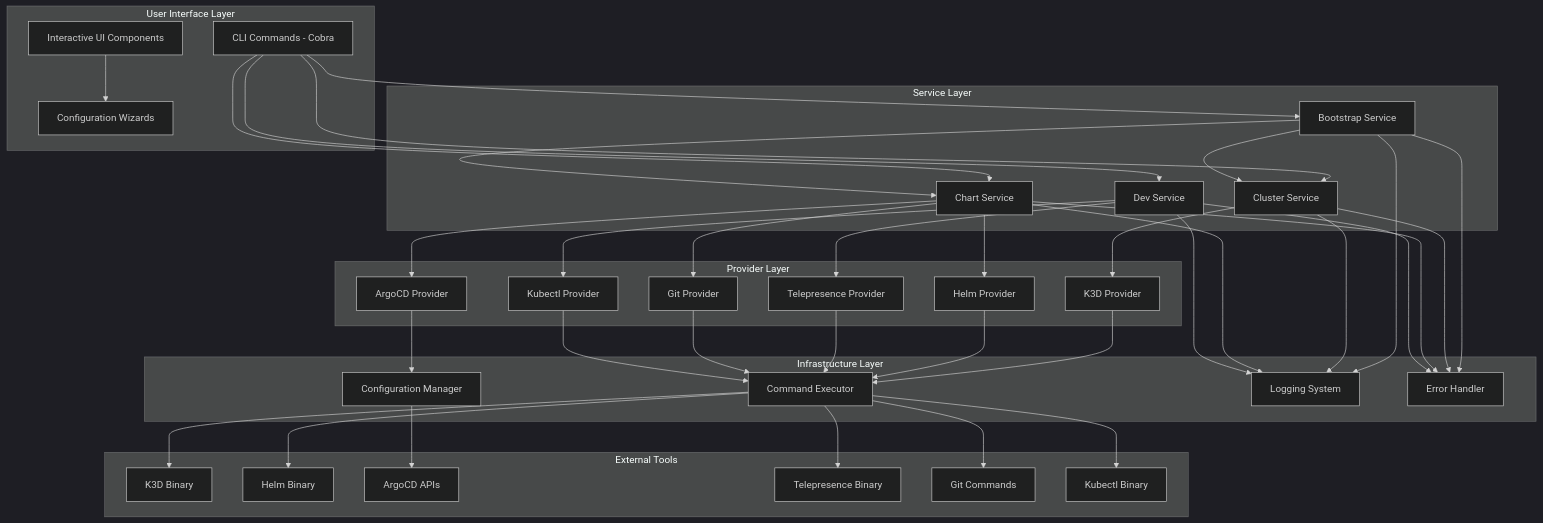
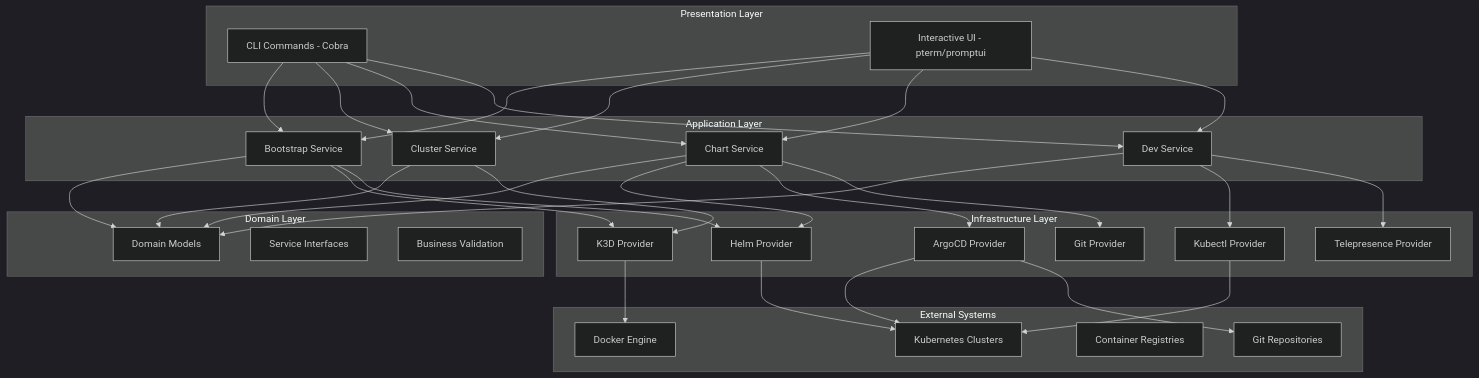
The first of 7 diagrams in docs/development/architecture/README.md (Praesto-Pro/openframe-cli), drawn with Mermaid (dark theme) before and after one commit. The commit also changed other lines of this file and 22 other files, not shown here.

````diff
--- a/docs/development/architecture/README.md
+++ b/docs/development/architecture/README.md
@@ -9,80 +11,65 @@
 ```mermaid
 graph TB
-    subgraph "User Interface Layer"
+    subgraph "Presentation Layer"
         CLI[CLI Commands - Cobra]
-        UI[Interactive UI Components]
-        Wizard[Configuration Wizards]
+        UI[Interactive UI - pterm/promptui]
     end
     
-    subgraph "Service Layer"
-        BS[Bootstrap Service]
-        CS[Cluster Service]
-        ChS[Chart Service]
-        DS[Dev Service]
+    subgraph "Application Layer"
+        Bootstrap[Bootstrap Service]
+        Cluster[Cluster Service]
+        Chart[Chart Service]
+        Dev[Dev Service]
     end
     
-    subgraph "Provider Layer"
-        K3DP[K3D Provider]
-        HP[Helm Provider]
-        AP[ArgoCD Provider]
-        TP[Telepresence Provider]
-        GP[Git Provider]
-        KP[Kubectl Provider]
+    subgraph "Domain Layer"
+        Models[Domain Models]
+        Interfaces[Service Interfaces]
+        Validation[Business Validation]
     end
     
     subgraph "Infrastructure Layer"
-        Exec[Command Executor]
-        Config[Configuration Manager]
-        Logger[Logging System]
-        Error[Error Handler]
+        K3D[K3D Provider]
+        Helm[Helm Provider]
+        ArgoCD[ArgoCD Provider]
+        Kubectl[Kubectl Provider]
+        Git[Git Provider]
+        Telepresence[Telepresence Provider]
     end
     
-    subgraph "External Tools"
-        K3D[K3D Binary]
-        Helm[Helm Binary]
-        ArgoCD[ArgoCD APIs]
-        Telepresence[Telepresence Binary]
-        Git[Git Commands]
-        Kubectl[Kubectl Binary]
+    subgraph "External Systems"
+        Docker[Docker Engine]
+        K8s[Kubernetes Clusters]
+        Registry[Container Registries]
+        GitHub[Git Repositories]
     end
     
-    CLI --> BS
-    CLI --> CS
-    CLI --> ChS
-    CLI --> DS
-    UI --> Wizard
+    CLI --> Bootstrap
+    CLI --> Cluster
+    CLI --> Chart  
+    CLI --> Dev
+    UI --> Bootstrap
+    UI --> Cluster
+    UI --> Chart
+    UI --> Dev
     
-    BS --> CS
-    BS --> ChS
+    Bootstrap --> Models
+    Cluster --> Models
+    Chart --> Models
+    Dev --> Models
     
-    CS --> K3DP
-    ChS --> HP
-    ChS --> AP
-    ChS --> GP
-    DS --> TP
-    DS --> KP
+    Bootstrap --> K3D
+    Bootstrap --> Helm
+    Cluster --> K3D
+    Chart --> Helm
+    Chart --> ArgoCD
+    Chart --> Git
+    Dev --> Kubectl
+    Dev --> Telepresence
     
-    K3DP --> Exec
-    HP --> Exec
-    AP --> Config
-    TP --> Exec
-    GP --> Exec
-    KP --> Exec
-    
-    Exec --> K3D
-    Exec --> Helm
-    Config --> ArgoCD
-    Exec --> Telepresence
-    Exec --> Git
-    Exec --> Kubectl
-    
-    BS --> Logger
-    CS --> Logger
-    ChS --> Logger
-    DS --> Logger
-    
-    BS --> Error
-    CS --> Error
-    ChS --> Error
-    DS --> Error
+    K3D --> Docker
+    Helm --> K8s
+    ArgoCD --> K8s
+    ArgoCD --> GitHub
+    Kubectl --> K8s
 ```
````
